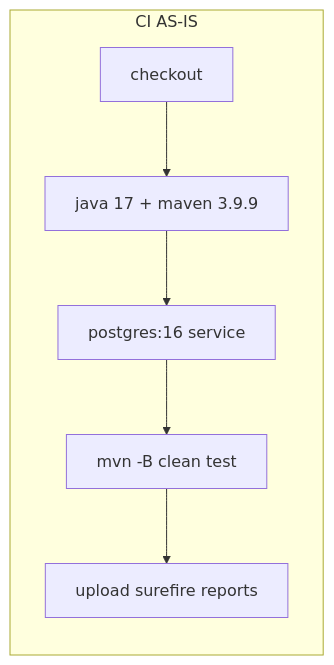
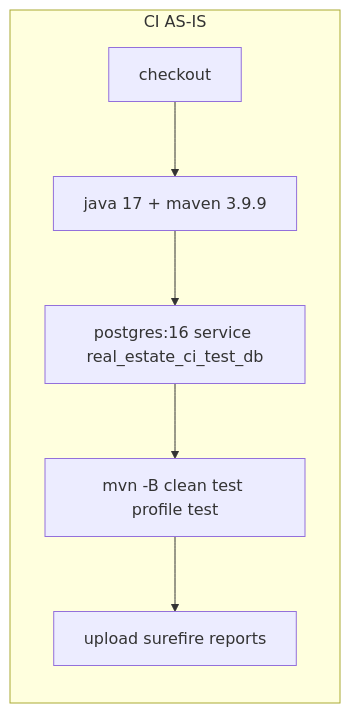
One commit to fdeniz07/RealEstateBackend changed the second of 3 diagrams in docs/03-architecture/testing/TESTING-ARCHITECTURE.md. Above: the diagram before and after it, drawn with Mermaid. The commit also changed other lines of this file and 5 other files, not shown here.

````diff
--- a/docs/03-architecture/testing/TESTING-ARCHITECTURE.md
+++ b/docs/03-architecture/testing/TESTING-ARCHITECTURE.md
@@ -218,11 +219,11 @@
 ```mermaid
 flowchart LR
   subgraph asis [CI AS-IS]
     T1[checkout]
     T2[java 17 + maven 3.9.9]
-    T3[postgres:16 service]
-    T4[mvn -B clean test]
+    T3[postgres:16 service real_estate_ci_test_db]
+    T4[mvn -B clean test profile test]
     T5[upload surefire reports]
   end
   T1 --> T2 --> T3 --> T4 --> T5
 ```
````
